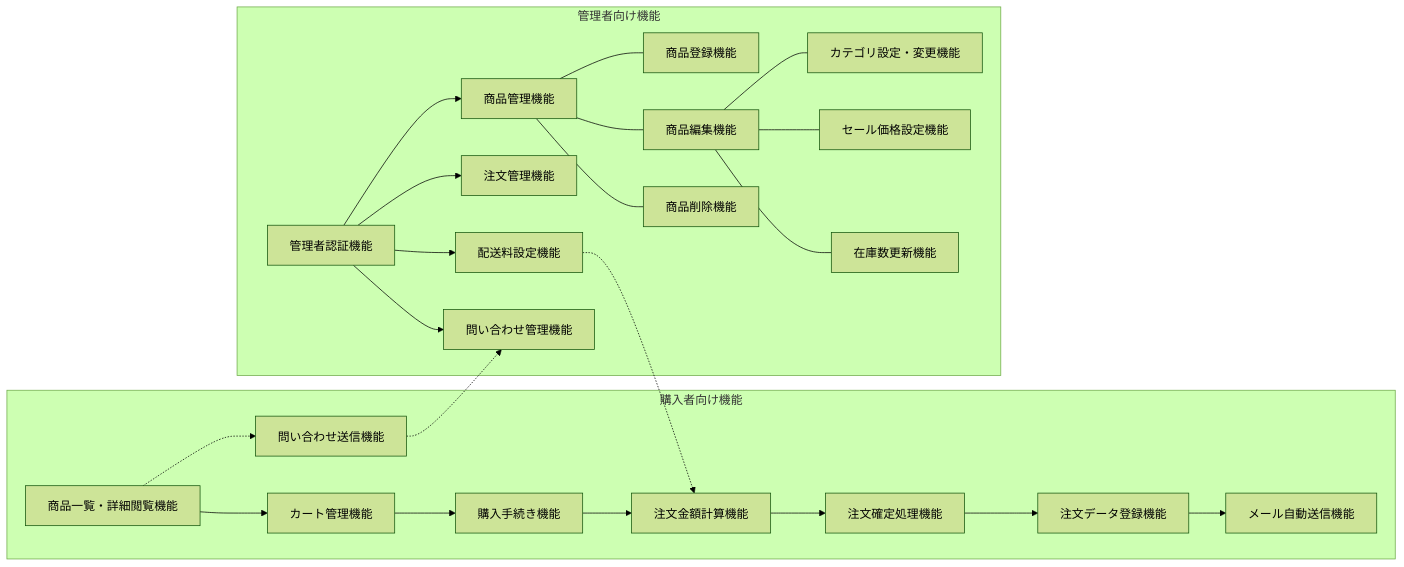
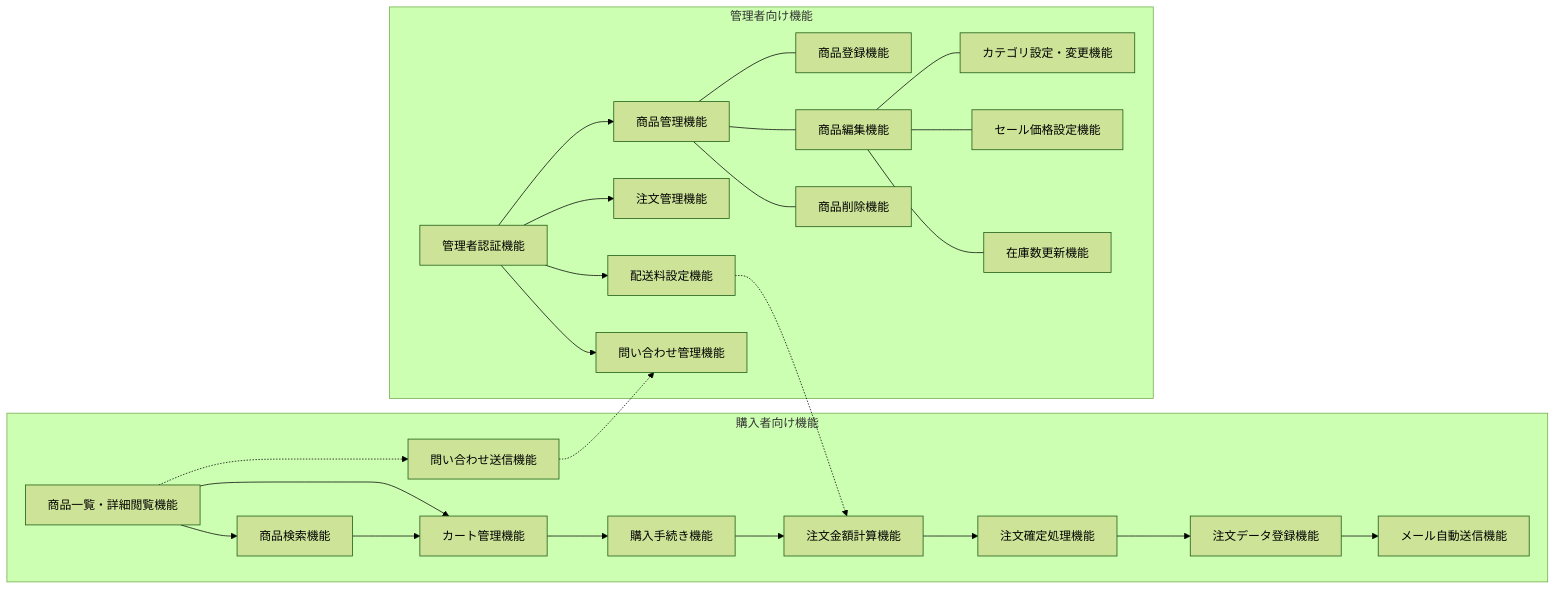
Before and after one commit to Aoi-Yaegashi/teamF: the first of 3 diagrams in 基本設計/機能構成図.md, drawn with Mermaid (forest theme). The commit also changed other lines of this file, not shown here.

Commit message:
検索機能の修正

````diff
--- a/基本設計/機能構成図.md
+++ b/基本設計/機能構成図.md
@@ -47,51 +47,53 @@
 ```mermaid
 
 flowchart LR
   subgraph Front["購入者向け機能"]
     A[商品一覧・詳細閲覧機能]
+    A1[商品検索機能]
     B[カート管理機能]
     C[購入手続き機能]
     D[注文金額計算機能]
     E[注文確定処理機能]
     F[注文データ登録機能]
     G[メール自動送信機能]
     H[問い合わせ送信機能]
   end
 
   subgraph Admin["管理者向け機能"]
     L[管理者認証機能]
     I[商品管理機能]
     I1[商品登録機能]
     I2[商品編集機能]
     I21[カテゴリ設定・変更機能]
     I22[セール価格設定機能]
     I23[在庫数更新機能]
     I3[商品削除機能]
     J[注文管理機能]
     M[配送料設定機能]
     N[問い合わせ管理機能]
   end
 
 
   %% 購入フロー
   A --> B --> C --> D --> E --> F --> G
+  A --> A1 --> B
 
   %% 問い合わせフロー
   A -.-> H
 
   %% 管理者画面起点
   L --> I
   L --> J
   L --> M
   L --> N
 
   I --- I1 & I2 & I3
   I2 --- I21 & I22 & I23
 
   %% 配送→支払選択の依存
   M -.-> D
 
   %% 問い合わせ→管理への遷移
   H -.-> N
 
 ```
````
